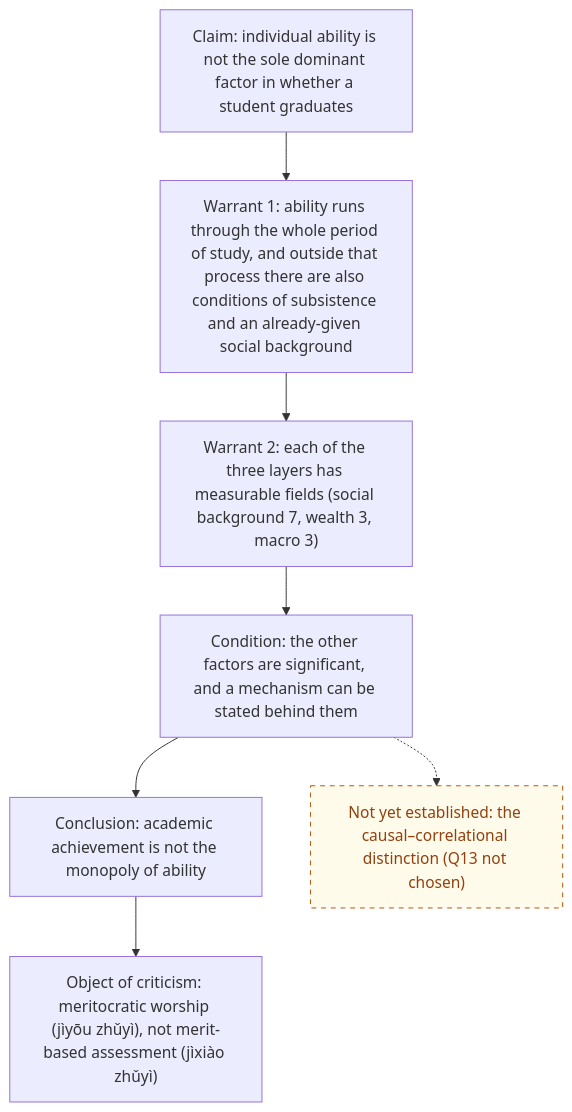
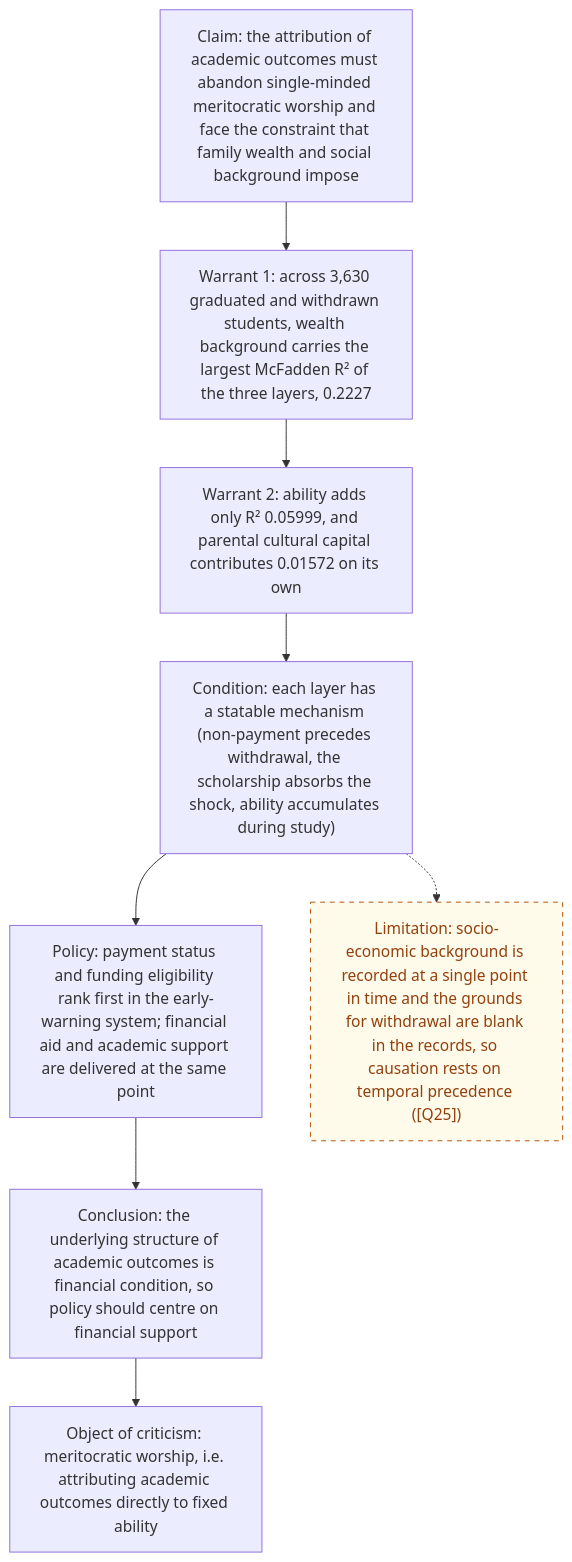
The diagram in docs/diagrams/en/01-argument.mmd (LaiTszKin/ams2640-group-project), drawn with Mermaid before and after one commit. The commit also changed 7 other files, not shown here.

Commit message:
diagrams: 01-argument 依 docs/statement.md 重寫（新增對策一節，未確立改為資料限制）；中英同步重繪

```diff
--- a/docs/diagrams/en/01-argument.mmd
+++ b/docs/diagrams/en/01-argument.mmd
@@ -1,17 +1,19 @@
-%% source: summary.md, "established" (ability runs through the study period / two classes of thing outside that process / significance is not sufficient / the object of criticism is meritocratic worship), "not yet established" (the causal–correlational distinction)
+%% source: docs/statement.md §1 (claim and the R² evidence), §2 (three mechanisms), §3 (two policy moves), §4 (fairness); the limitation line is the scope boundary stated in docs/report.md ([Q25])
 flowchart TD
-  C["Claim: individual ability is not the sole dominant factor in whether a student graduates"]
-  W1["Warrant 1: ability runs through the whole period of study, and outside that process there are also conditions of subsistence and an already-given social background"]
-  W2["Warrant 2: each of the three layers has measurable fields (social background 7, wealth 3, macro 3)"]
-  O["Condition: the other factors are significant, and a mechanism can be stated behind them"]
-  R["Conclusion: academic achievement is not the monopoly of ability"]
-  N["Object of criticism: meritocratic worship (jìyōu zhǔyì), not merit-based assessment (jìxiào zhǔyì)"]
-  X["Not yet established: the causal–correlational distinction (Q13 not chosen)"]
+  C["Claim: the attribution of academic outcomes must abandon single-minded meritocratic worship and face the constraint that family wealth and social background impose"]
+  W1["Warrant 1: across 3,630 graduated and withdrawn students, wealth background carries the largest McFadden R² of the three layers, 0.2227"]
+  W2["Warrant 2: ability adds only R² 0.05999, and parental cultural capital contributes 0.01572 on its own"]
+  O["Condition: each layer has a statable mechanism (non-payment precedes withdrawal, the scholarship absorbs the shock, ability accumulates during study)"]
+  P["Policy: payment status and funding eligibility rank first in the early-warning system; financial aid and academic support are delivered at the same point"]
+  R["Conclusion: the underlying structure of academic outcomes is financial condition, so policy should centre on financial support"]
+  N["Object of criticism: meritocratic worship, i.e. attributing academic outcomes directly to fixed ability"]
+  X["Limitation: socio-economic background is recorded at a single point in time and the grounds for withdrawal are blank in the records, so causation rests on temporal precedence ([Q25])"]
   C --> W1
   W1 --> W2
   W2 --> O
-  O --> R
+  O --> P
+  P --> R
   R --> N
   O -.-> X
   classDef open stroke-dasharray: 5 5,stroke:#b45309,color:#92400e,fill:#fffbeb
   class X open
```
